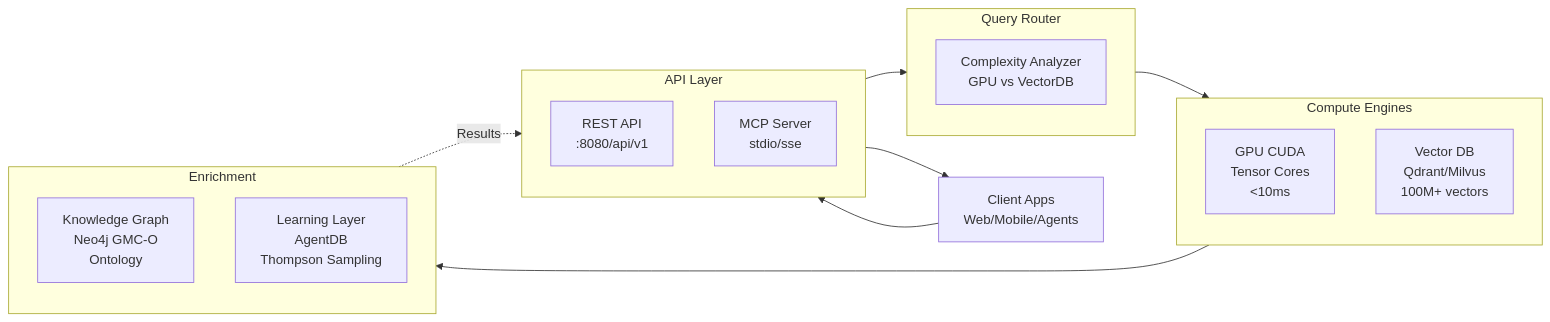
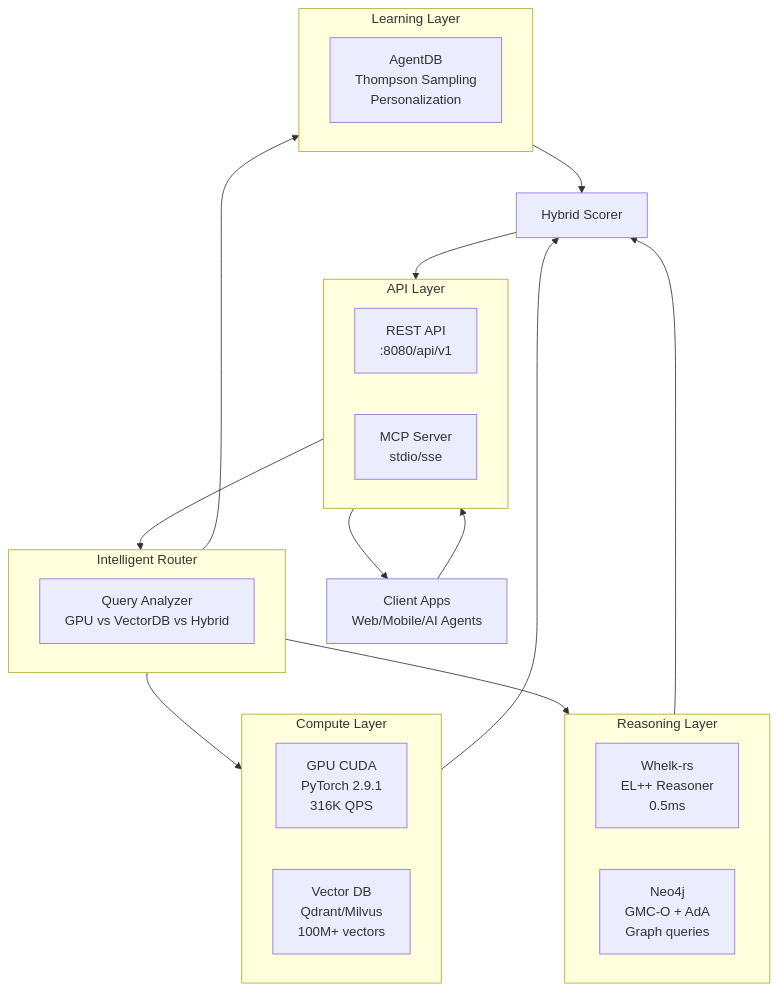
One commit to jjohare/hackathon-tv5 changed the second of 2 diagrams in semantic-recommender/README.md. Above: the diagram before and after it, drawn with Mermaid. The commit also changed other lines of this file, not shown here.

````diff
--- a/semantic-recommender/README.md
+++ b/semantic-recommender/README.md
@@ -206,26 +278,36 @@
 ```mermaid
-graph LR
-    A[Client Apps<br/>Web/Mobile/Agents]
+graph TB
+    A[Client Apps<br/>Web/Mobile/AI Agents]
 
     subgraph API[API Layer]
         REST[REST API<br/>:8080/api/v1]
         MCP[MCP Server<br/>stdio/sse]
     end
 
-    subgraph ROUTER[Query Router]
-        ROUTE[Complexity Analyzer<br/>GPU vs VectorDB]
+    subgraph ROUTER[Intelligent Router]
+        ROUTE[Query Analyzer<br/>GPU vs VectorDB vs Hybrid]
     end
 
-    subgraph COMPUTE[Compute Engines]
-        GPU[GPU CUDA<br/>Tensor Cores<br/><10ms]
+    subgraph COMPUTE[Compute Layer]
+        GPU[GPU CUDA<br/>PyTorch 2.9.1<br/>316K QPS]
         VDB[Vector DB<br/>Qdrant/Milvus<br/>100M+ vectors]
     end
 
-    subgraph ENRICH[Enrichment]
-        KG[Knowledge Graph<br/>Neo4j GMC-O<br/>Ontology]
-        RL[Learning Layer<br/>AgentDB<br/>Thompson Sampling]
+    subgraph REASON[Reasoning Layer]
+        WHELK[Whelk-rs<br/>EL++ Reasoner<br/>0.5ms]
+        KG[Neo4j<br/>GMC-O + AdA<br/>Graph queries]
     end
 
-    A --> API --> ROUTER --> COMPUTE --> ENRICH
-    ENRICH -.Results.-> API --> A
+    subgraph LEARN[Learning Layer]
+        AGENTDB[AgentDB<br/>Thompson Sampling<br/>Personalization]
+    end
+
+    A --> API --> ROUTER
+    ROUTER --> COMPUTE
+    ROUTER --> REASON
+    ROUTER --> LEARN
+    COMPUTE --> H[Hybrid Scorer]
+    REASON --> H
+    LEARN --> H
+    H --> API --> A
 ```
````
